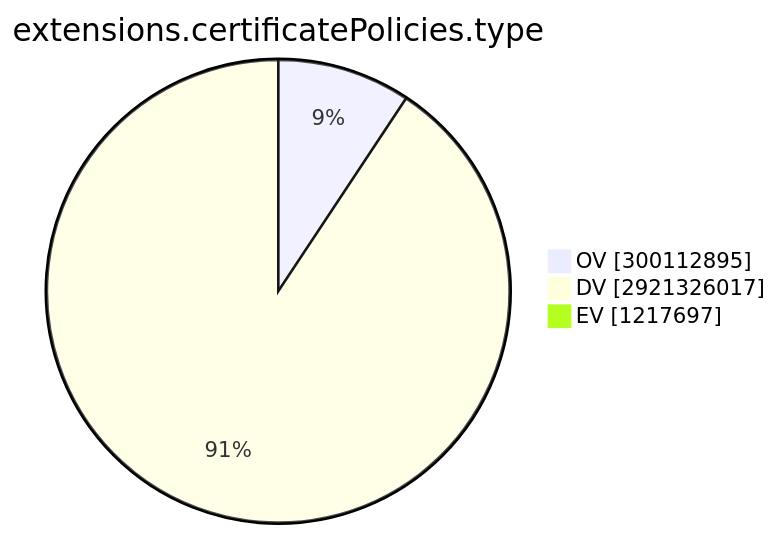
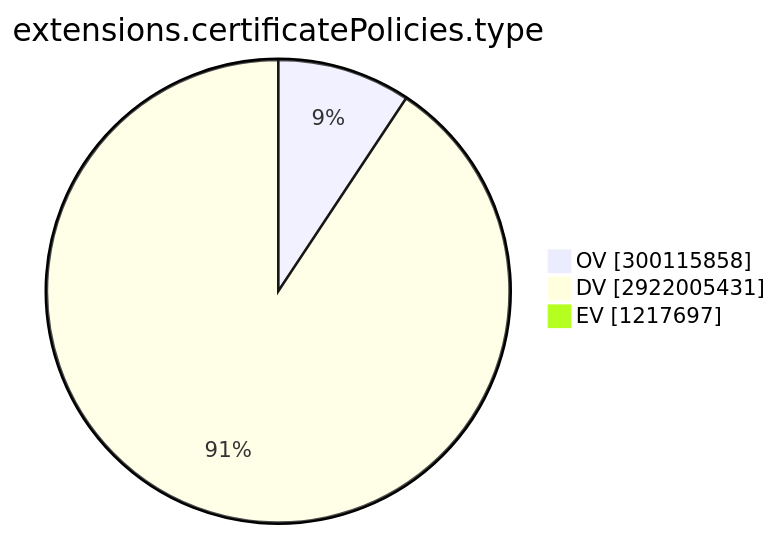
One commit to christiankrug/ctmonitor_visualization changed the ninth of 15 diagrams in TOTAL/README.md. Above: the diagram before and after it, drawn with Mermaid. The commit also changed other lines of this file, not shown here.

````diff
--- a/TOTAL/README.md
+++ b/TOTAL/README.md
@@ -3101,7 +3101,7 @@
 ```mermaid
 pie showData
 title extensions.certificatePolicies.type
-"OV" :300112895
-"DV" :2921326017
+"OV" :300115858
+"DV" :2922005431
 "EV" :1217697
 ```
````
